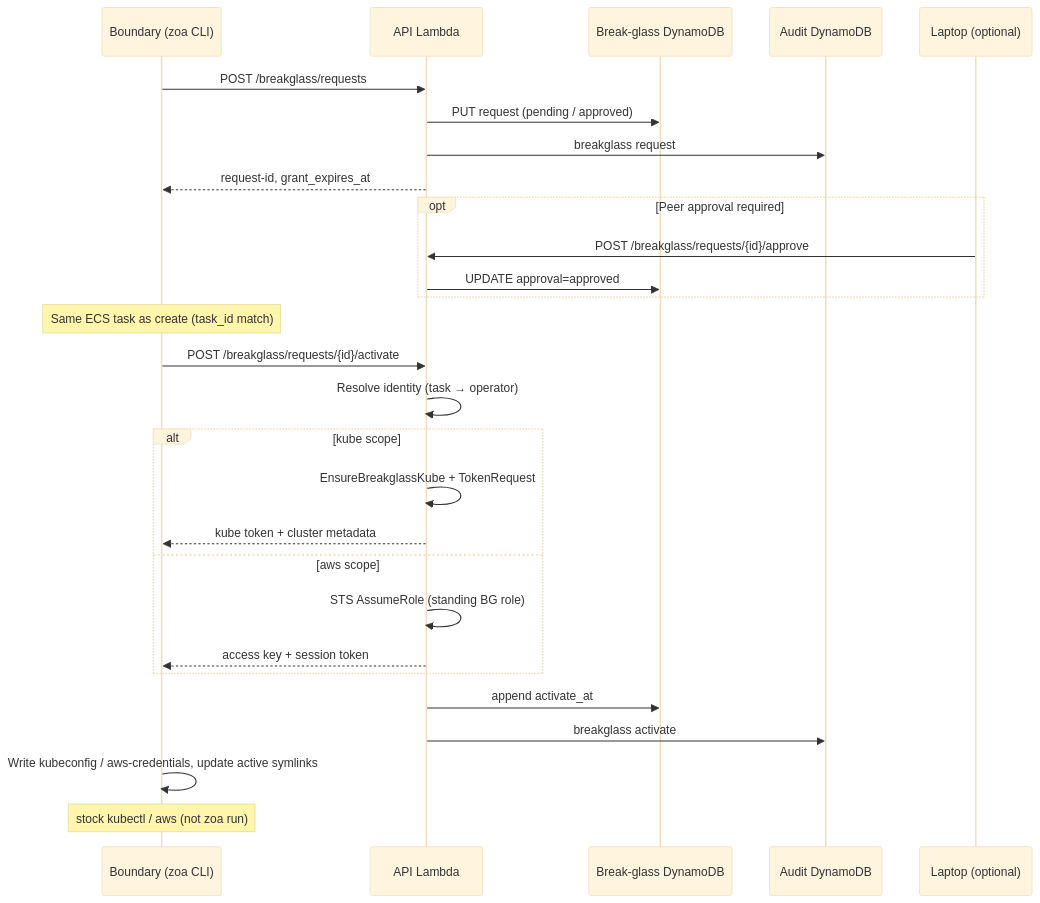
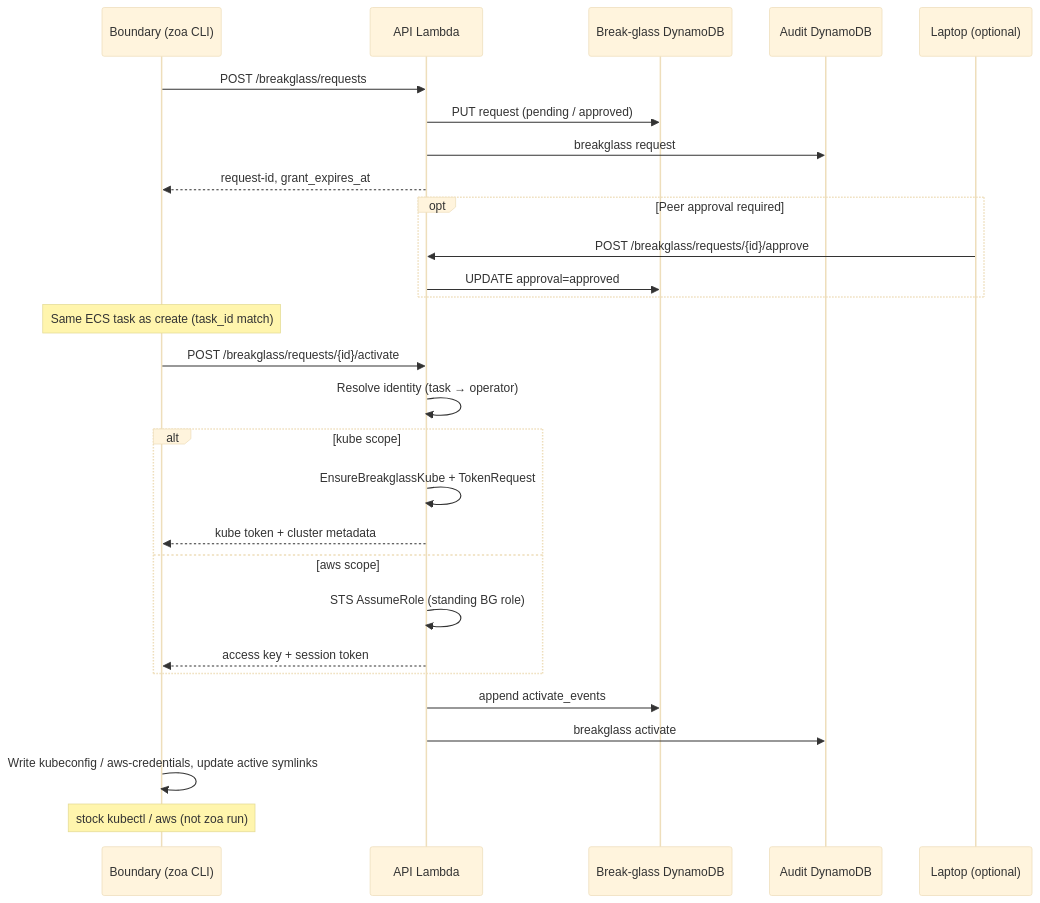
The first of 3 diagrams in docs/break-glass/credential-architecture.md (slopezz/rosa-hyperfleet-zoa), drawn with Mermaid (base theme) before and after one commit. The commit also changed other lines of this file and 20 other files, not shown here.

````diff
--- a/docs/break-glass/credential-architecture.md
+++ b/docs/break-glass/credential-architecture.md
@@ -16,33 +16,33 @@
 ```mermaid
 sequenceDiagram
     participant B as Boundary (zoa CLI)
     participant API as API Lambda
     participant DDB as Break-glass DynamoDB
     participant Audit as Audit DynamoDB
     participant Laptop as Laptop (optional)
 
     B->>API: POST /breakglass/requests
     API->>DDB: PUT request (pending / approved)
     API->>Audit: breakglass request
     API-->>B: request-id, grant_expires_at
 
     opt Peer approval required
         Laptop->>API: POST /breakglass/requests/{id}/approve
         API->>DDB: UPDATE approval=approved
     end
 
     Note over B: Same ECS task as create (task_id match)
     B->>API: POST /breakglass/requests/{id}/activate
     API->>API: Resolve identity (task → operator)
     alt kube scope
         API->>API: EnsureBreakglassKube + TokenRequest
         API-->>B: kube token + cluster metadata
     else aws scope
         API->>API: STS AssumeRole (standing BG role)
         API-->>B: access key + session token
     end
-    API->>DDB: append activate_at
+    API->>DDB: append activate_events
     API->>Audit: breakglass activate
     B->>B: Write kubeconfig / aws-credentials, update active symlinks
     Note over B: stock kubectl / aws (not zoa run)
 ```
````
